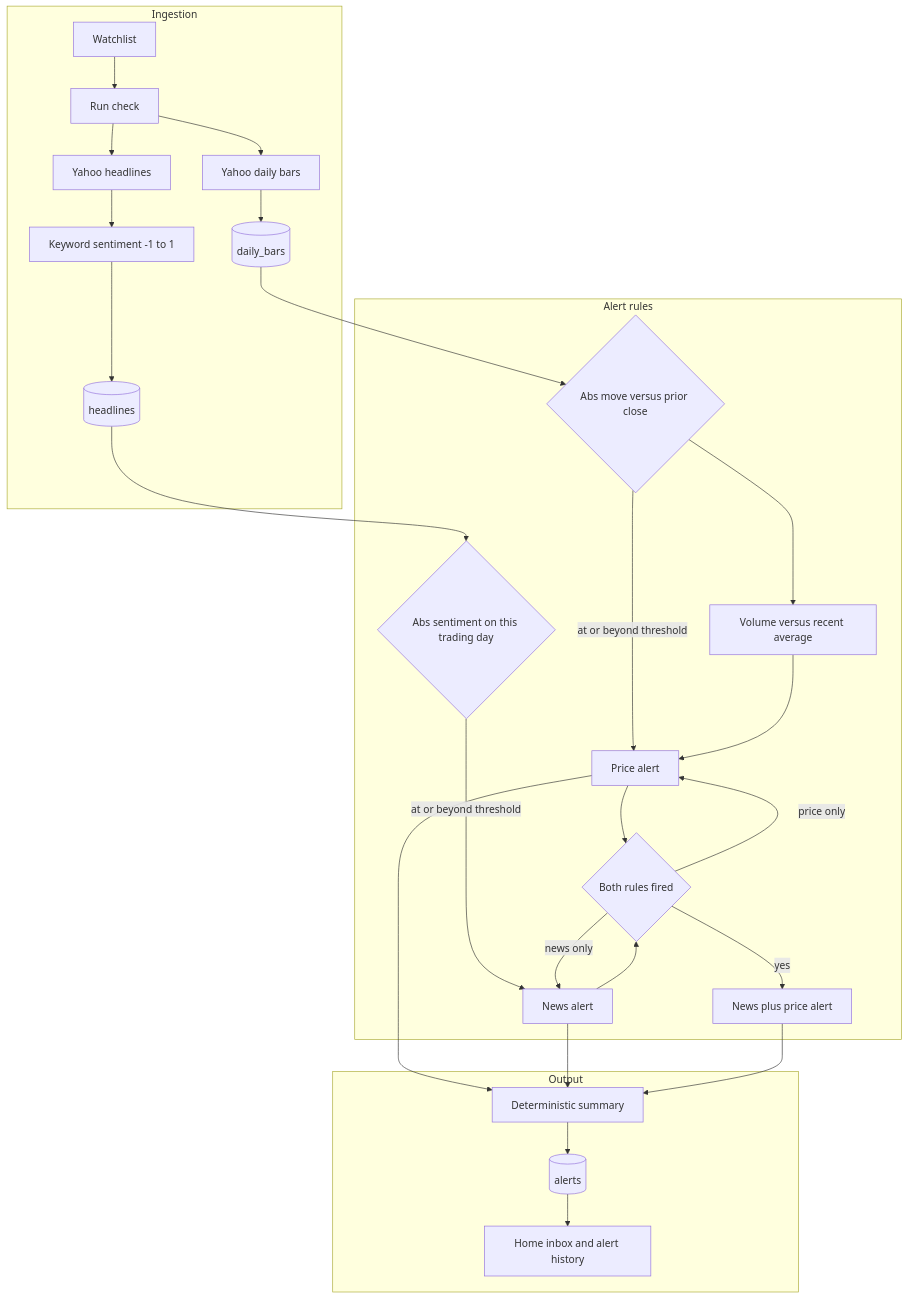
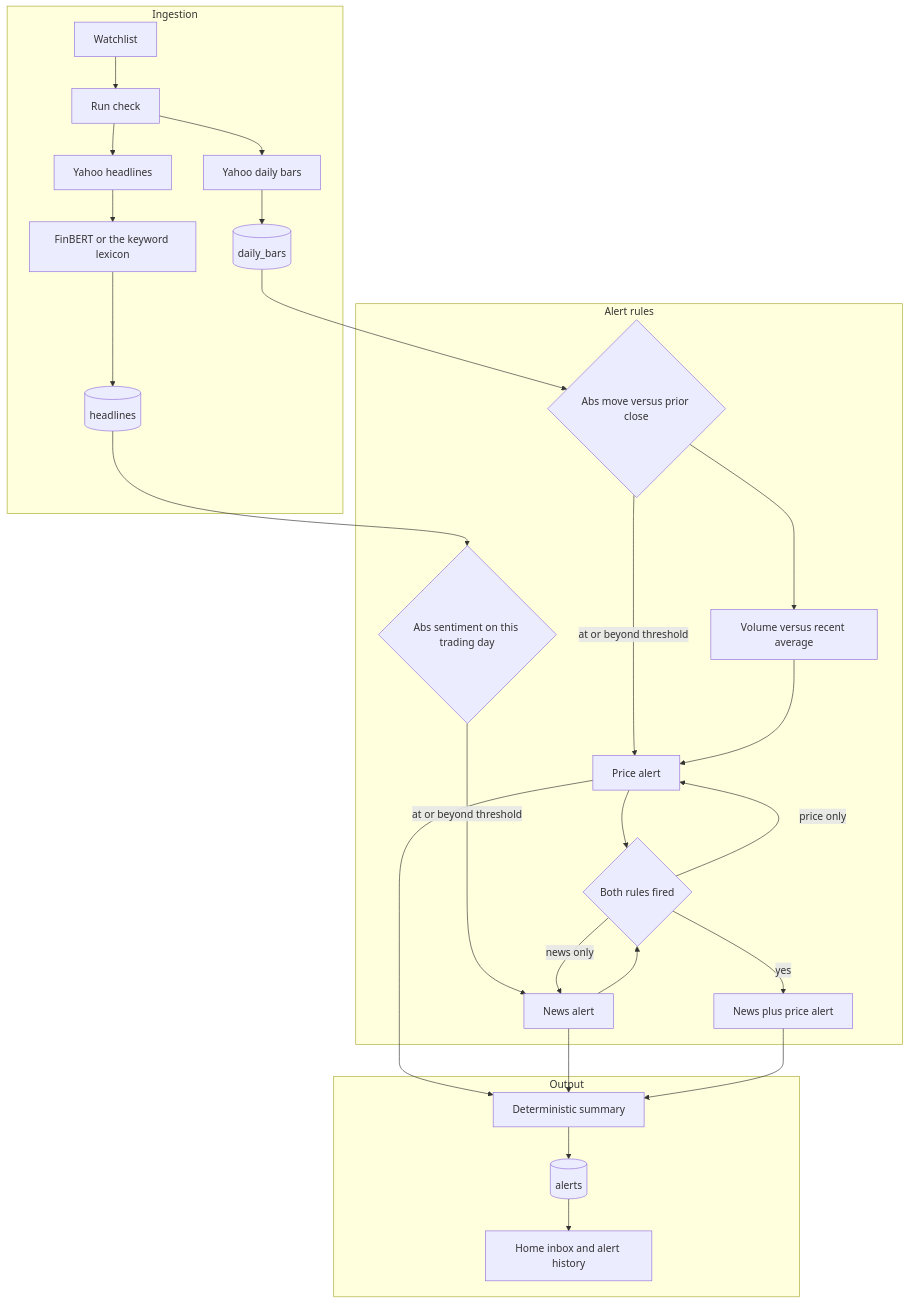
The first of 5 diagrams in docs/architecture.md (sameerde4/ticker-alert-system), drawn with Mermaid before and after one commit. The commit also changed other lines of this file and 3 other files, not shown here.

First line of the commit message:
Document local FinBERT beside the keyword lexicon.

````diff
--- a/docs/architecture.md
+++ b/docs/architecture.md
@@ -73,33 +73,33 @@
 ```mermaid
 flowchart TB
     subgraph ingest [Ingestion]
         WL[Watchlist] --> RUN[Run check]
         RUN --> PX[Yahoo daily bars]
         RUN --> NW[Yahoo headlines]
         PX --> BARS[(daily_bars)]
-        NW --> SCORE[Keyword sentiment -1 to 1]
+        NW --> SCORE[FinBERT or the keyword lexicon]
         SCORE --> NEWS[(headlines)]
     end
 
     subgraph rules [Alert rules]
         BARS --> PRICE{Abs move versus prior close}
         PRICE -->|at or beyond threshold| PA[Price alert]
         PRICE --> VOL[Volume versus recent average]
         VOL --> PA
         NEWS --> NA{Abs sentiment on this trading day}
         NA -->|at or beyond threshold| NEWSALERT[News alert]
         PA --> ONE{Both rules fired}
         NEWSALERT --> ONE
         ONE -->|yes| FA[News plus price alert]
         ONE -->|price only| PA
         ONE -->|news only| NEWSALERT
     end
 
     subgraph out [Output]
         PA --> SUM[Deterministic summary]
         NEWSALERT --> SUM
         FA --> SUM
         SUM --> ALERTS[(alerts)]
         ALERTS --> UI[Home inbox and alert history]
     end
 ```
````
